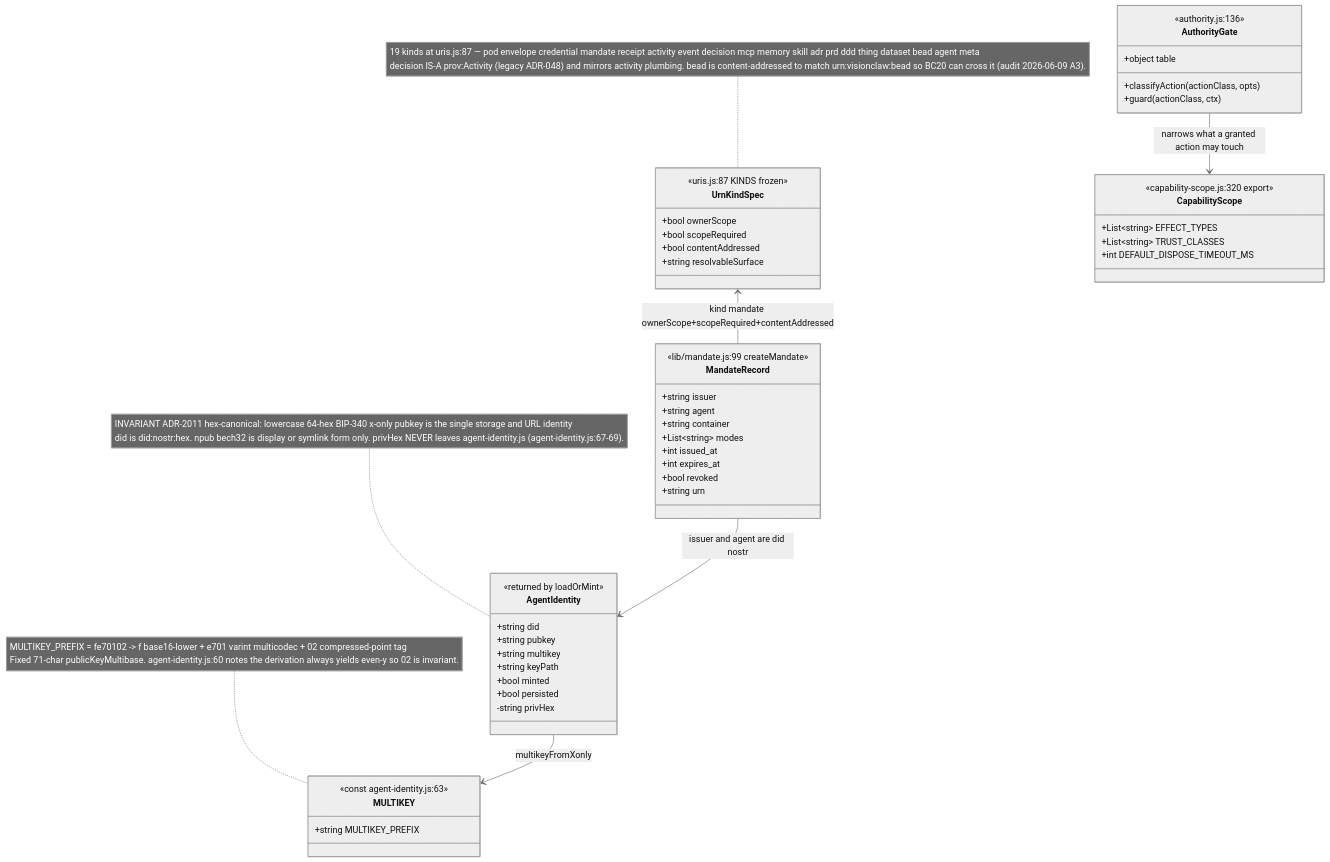
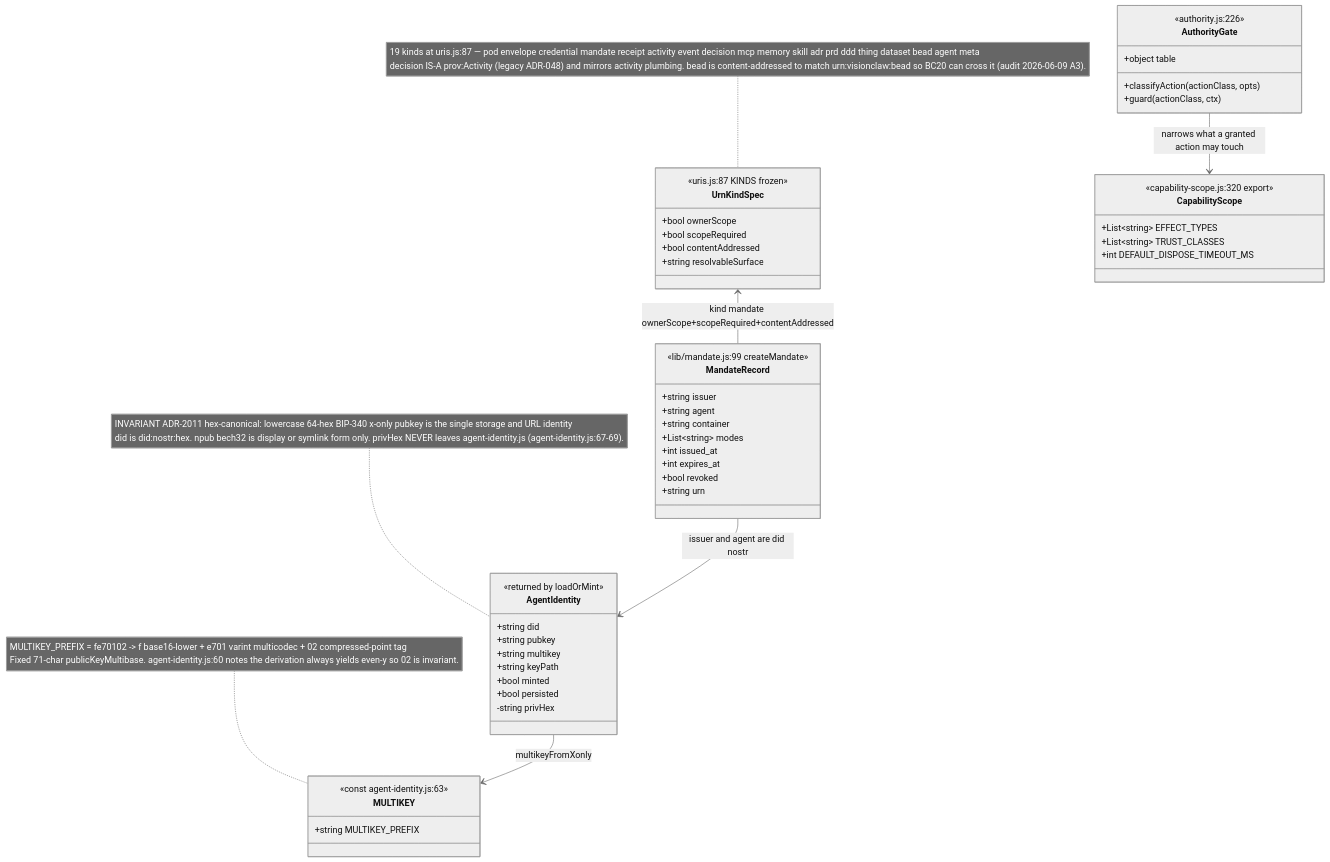
The first of 16 diagrams in docs/diagrams/agentbox/11-identity-did-mandate-authority.md (DreamLab-AI/VisionFlow), drawn with Mermaid (neutral theme) before and after one commit. The commit also changed other lines of this file and 28 other files, not shown here.

````diff
--- a/docs/diagrams/agentbox/11-identity-did-mandate-authority.md
+++ b/docs/diagrams/agentbox/11-identity-did-mandate-authority.md
@@ -40,54 +42,54 @@
 ```mermaid
 classDiagram
     class AgentIdentity {
         <<returned by loadOrMint>>
         +string did
         +string pubkey
         +string multikey
         +string keyPath
         +bool minted
         +bool persisted
         -string privHex
     }
     class MULTIKEY {
         <<const agent-identity.js:63>>
         +string MULTIKEY_PREFIX
     }
     class UrnKindSpec {
         <<uris.js:87 KINDS frozen>>
         +bool ownerScope
         +bool scopeRequired
         +bool contentAddressed
         +string resolvableSurface
     }
     class MandateRecord {
         <<lib/mandate.js:99 createMandate>>
         +string issuer
         +string agent
         +string container
         +List~string~ modes
         +int issued_at
         +int expires_at
         +bool revoked
         +string urn
     }
     class AuthorityGate {
-        <<authority.js:136>>
+        <<authority.js:226>>
         +object table
         +classifyAction(actionClass, opts)
         +guard(actionClass, ctx)
     }
     class CapabilityScope {
         <<capability-scope.js:320 export>>
         +List~string~ EFFECT_TYPES
         +List~string~ TRUST_CLASSES
         +int DEFAULT_DISPOSE_TIMEOUT_MS
     }
     AgentIdentity --> MULTIKEY : multikeyFromXonly
     UrnKindSpec <-- MandateRecord : kind mandate ownerScope+scopeRequired+contentAddressed
     MandateRecord --> AgentIdentity : issuer and agent are did nostr
     AuthorityGate --> CapabilityScope : narrows what a granted action may touch
     note for MULTIKEY "MULTIKEY_PREFIX = fe70102 -> f base16-lower + e701 varint multicodec + 02 compressed-point tag<br/>Fixed 71-char publicKeyMultibase. agent-identity.js:60 notes the derivation always yields even-y so 02 is invariant."
     note for AgentIdentity "INVARIANT ADR-2011 hex-canonical: lowercase 64-hex BIP-340 x-only pubkey is the single storage and URL identity<br/>did is did:nostr:hex. npub bech32 is display or symlink form only. privHex NEVER leaves agent-identity.js (agent-identity.js:67-69)."
     note for UrnKindSpec "19 kinds at uris.js:87 — pod envelope credential mandate receipt activity event decision mcp memory skill adr prd ddd thing dataset bead agent meta<br/>decision IS-A prov:Activity (legacy ADR-048) and mirrors activity plumbing. bead is content-addressed to match urn:visionclaw:bead so BC20 can cross it (audit 2026-06-09 A3)."
 ```
````
